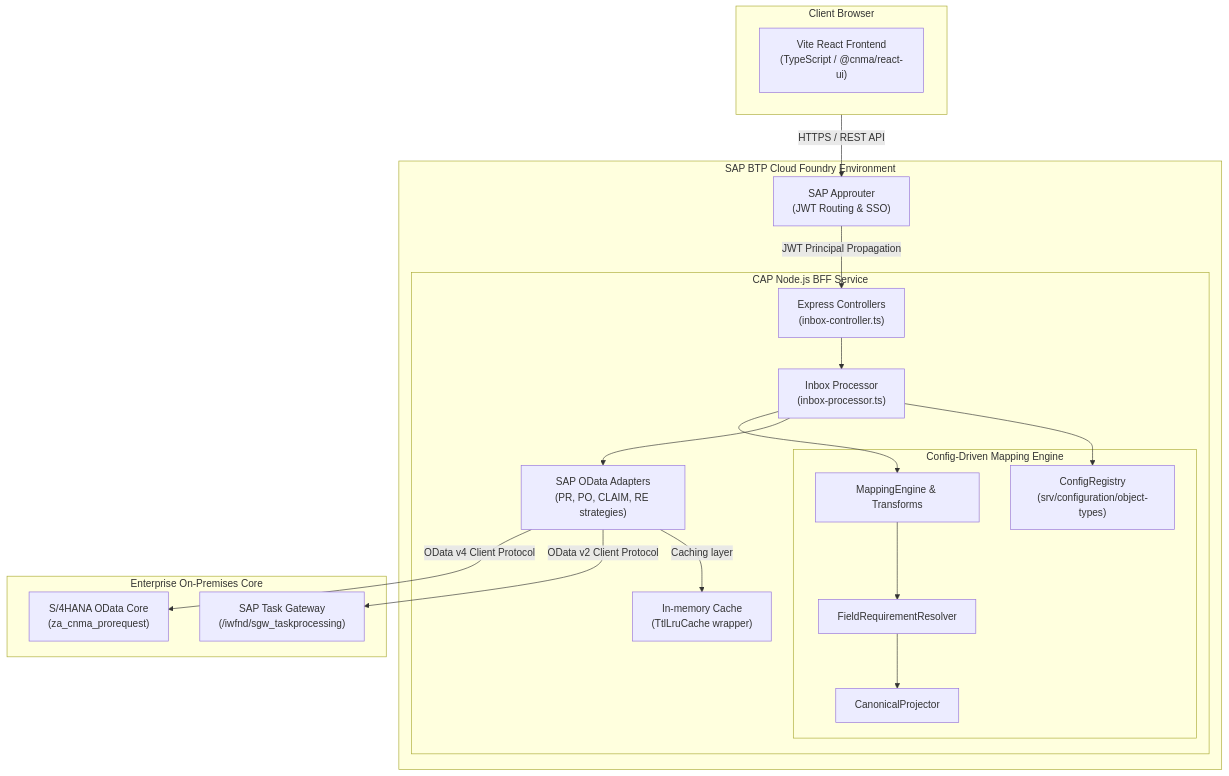
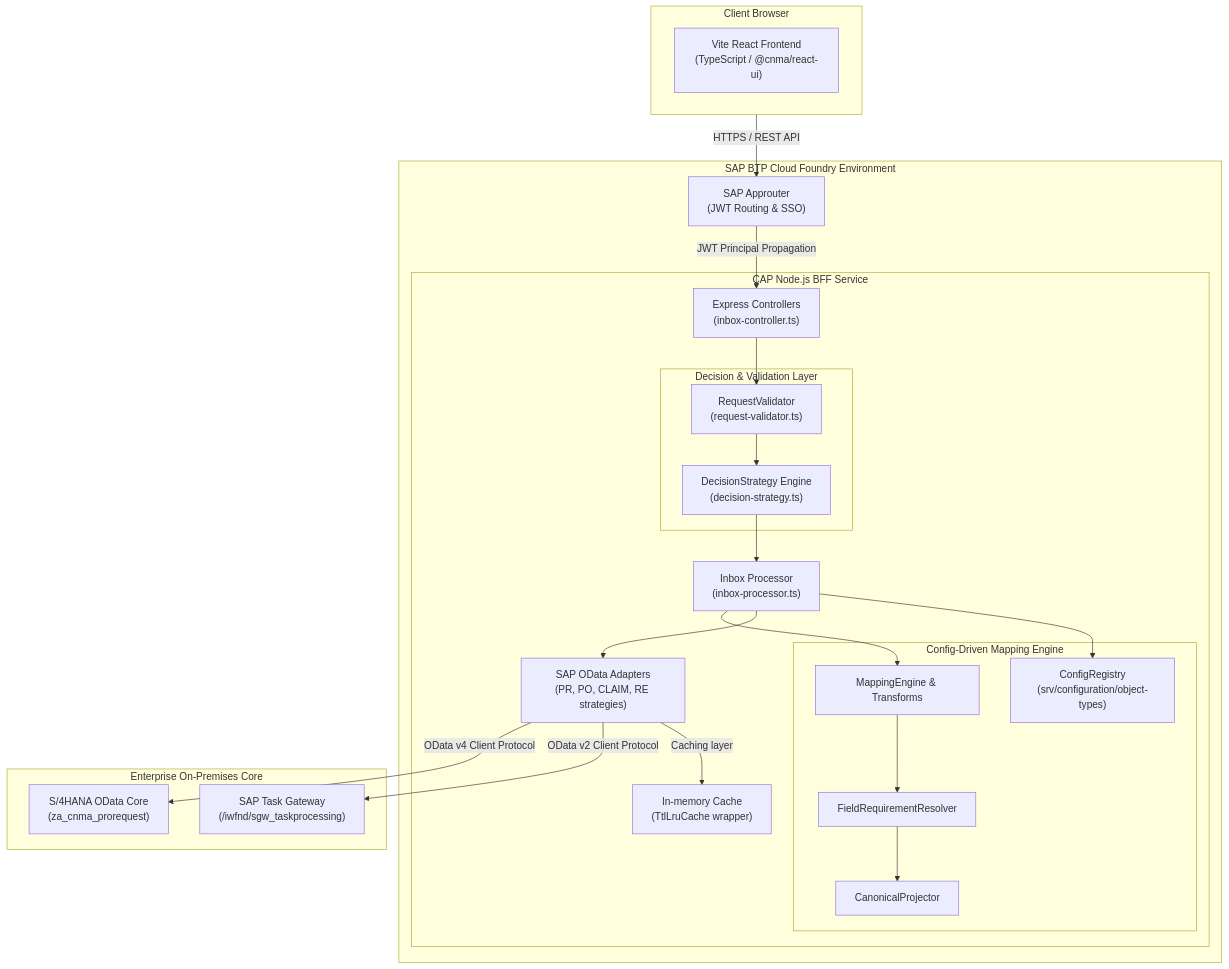
The first of 2 diagrams in docs/technical/01-architecture/01-overview.md (mindinh/approval-app), drawn with Mermaid before and after one commit. The commit also changed other lines of this file and 13 other files, not shown here.

````diff
--- a/docs/technical/01-architecture/01-overview.md
+++ b/docs/technical/01-architecture/01-overview.md
@@ -13,42 +13,50 @@
 ```mermaid
 graph TD
     subgraph ClientSide [Client Browser]
         ReactUI["Vite React Frontend<br/>(TypeScript / @cnma/react-ui)"]
     end
 
     subgraph SAPBTP [SAP BTP Cloud Foundry Environment]
         AppRouter["SAP Approuter<br/>(JWT Routing & SSO)"]
         
         subgraph BFFService [CAP Node.js BFF Service]
             Express["Express Controllers<br/>(inbox-controller.ts)"]
+            
+            subgraph ActionPipeline [Decision & Validation Layer]
+                Val["RequestValidator<br/>(request-validator.ts)"]
+                DecStrat["DecisionStrategy Engine<br/>(decision-strategy.ts)"]
+            end
+
             Proc["Inbox Processor<br/>(inbox-processor.ts)"]
             
             subgraph MappingEngine [Config-Driven Mapping Engine]
                 Reg["ConfigRegistry<br/>(srv/configuration/object-types)"]
                 Engine["MappingEngine & Transforms"]
                 Resolver["FieldRequirementResolver"]
                 Projector["CanonicalProjector"]
             end
             
             Adapters["SAP OData Adapters<br/>(PR, PO, CLAIM, RE strategies)"]
             Cache["In-memory Cache<br/>(TtlLruCache wrapper)"]
         end
     end
 
     subgraph SAPCore [Enterprise On-Premises Core]
         TaskGW["SAP Task Gateway<br/>(/iwfnd/sgw_taskprocessing)"]
         S4Core["S/4HANA OData Core<br/>(za_cnma_prorequest)"]
     end
 
     ClientSide -->|HTTPS / REST API| AppRouter
     AppRouter -->|JWT Principal Propagation| Express
-    Express --> Proc
+    Express --> Val
+    Val --> DecStrat
+    DecStrat --> Proc
     Proc --> Reg
     Proc --> Adapters
     Adapters -->|Caching layer| Cache
     Adapters -->|OData v2 Client Protocol| TaskGW
     Adapters -->|OData v4 Client Protocol| S4Core
     Proc --> Engine
     Engine --> Resolver
     Resolver --> Projector
 ```
````
